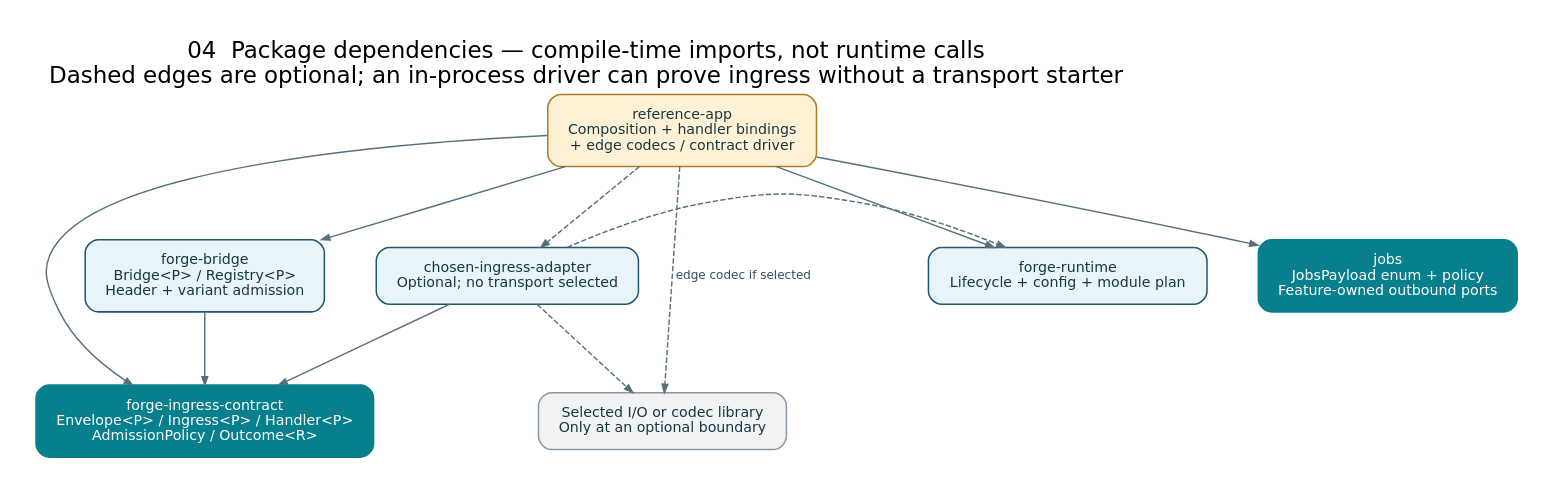
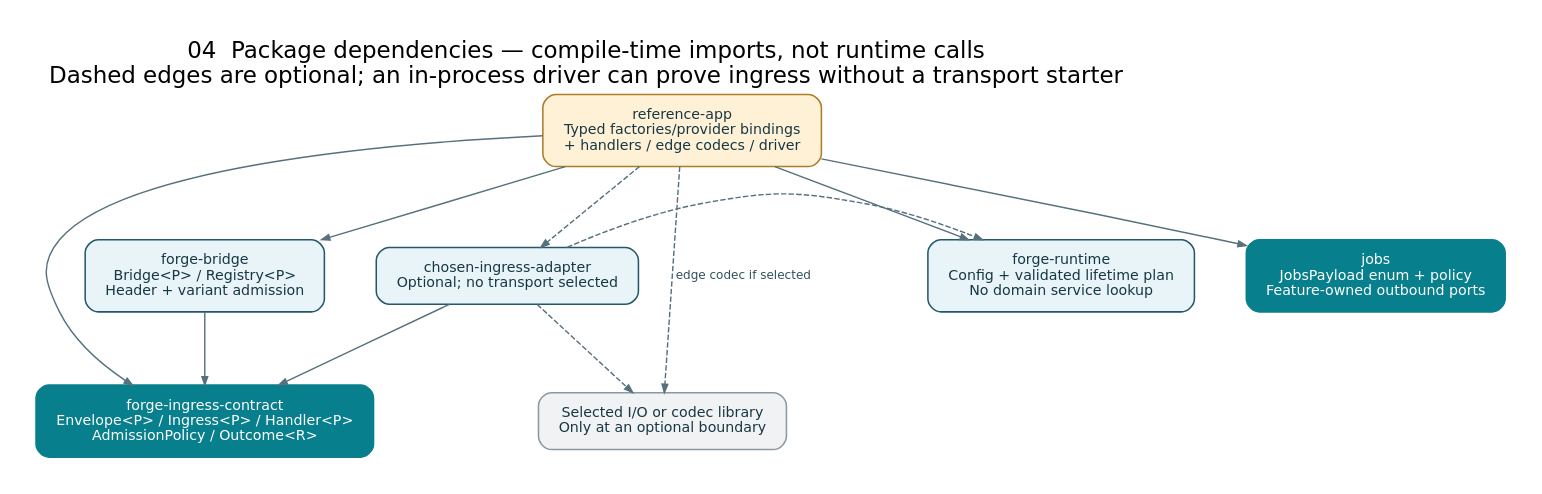
The diagram in docs/architecture/diagrams/04-package-dependencies.dot (roachmaster/homelab), drawn with Graphviz before and after one commit. The commit also changed 18 other files, not shown here.

```diff
--- a/docs/architecture/diagrams/04-package-dependencies.dot
+++ b/docs/architecture/diagrams/04-package-dependencies.dot
@@ -1,20 +1,20 @@
 digraph Packages {
 graph [fontname="DejaVu Sans", fontsize=21, labelloc=t, labeljust=l, pad=0.35, nodesep=0.65, ranksep=0.9, bgcolor="white"]; node [shape=box, style="rounded,filled", fontname="DejaVu Sans", fontsize=13, margin="0.22,0.16", color="#24576b", fillcolor="#e8f4f7", fontcolor="#163744", penwidth=1.4]; edge [fontname="DejaVu Sans", fontsize=11, color="#56717d", fontcolor="#34505f", penwidth=1.3, arrowsize=0.75];
 rankdir=TB; label="04  Package dependencies — compile-time imports, not runtime calls\nDashed edges are optional; an in-process driver can prove ingress without a transport starter";
-app [label="reference-app\nComposition + handler bindings\n+ edge codecs / contract driver", fillcolor="#fff1d6", color="#ae7b26"];
+app [label="reference-app\nTyped factories/provider bindings\n+ handlers / edge codecs / driver", fillcolor="#fff1d6", color="#ae7b26"];
 adapter [label="chosen-ingress-adapter\nOptional; no transport selected"];
-runtime [label="forge-runtime\nLifecycle + config + module plan"];
+runtime [label="forge-runtime\nConfig + validated lifetime plan\nNo domain service lookup"];
 bridge [label="forge-bridge\nBridge<P> / Registry<P>\nHeader + variant admission"];
 contract [label="forge-ingress-contract\nEnvelope<P> / Ingress<P> / Handler<P>\nAdmissionPolicy / Outcome<R>", fillcolor="#087f8c", color="#087f8c", fontcolor="white"];
 feature [label="jobs\nJobsPayload enum + policy\nFeature-owned outbound ports", fillcolor="#087f8c", color="#087f8c", fontcolor="white"];
 transport [label="Selected I/O or codec library\nOnly at an optional boundary", fillcolor="#f0f2f4", color="#8b98a3"];
 app -> { runtime bridge feature contract };
 app -> adapter [style=dashed];
 app -> transport [style=dashed, label="edge codec if selected"];
 adapter -> contract;
 adapter -> runtime [style=dashed];
 adapter -> transport [style=dashed];
 bridge -> contract;
 {rank=same; adapter; runtime; bridge; feature;}
 {rank=same; contract; transport;}
 }
```
